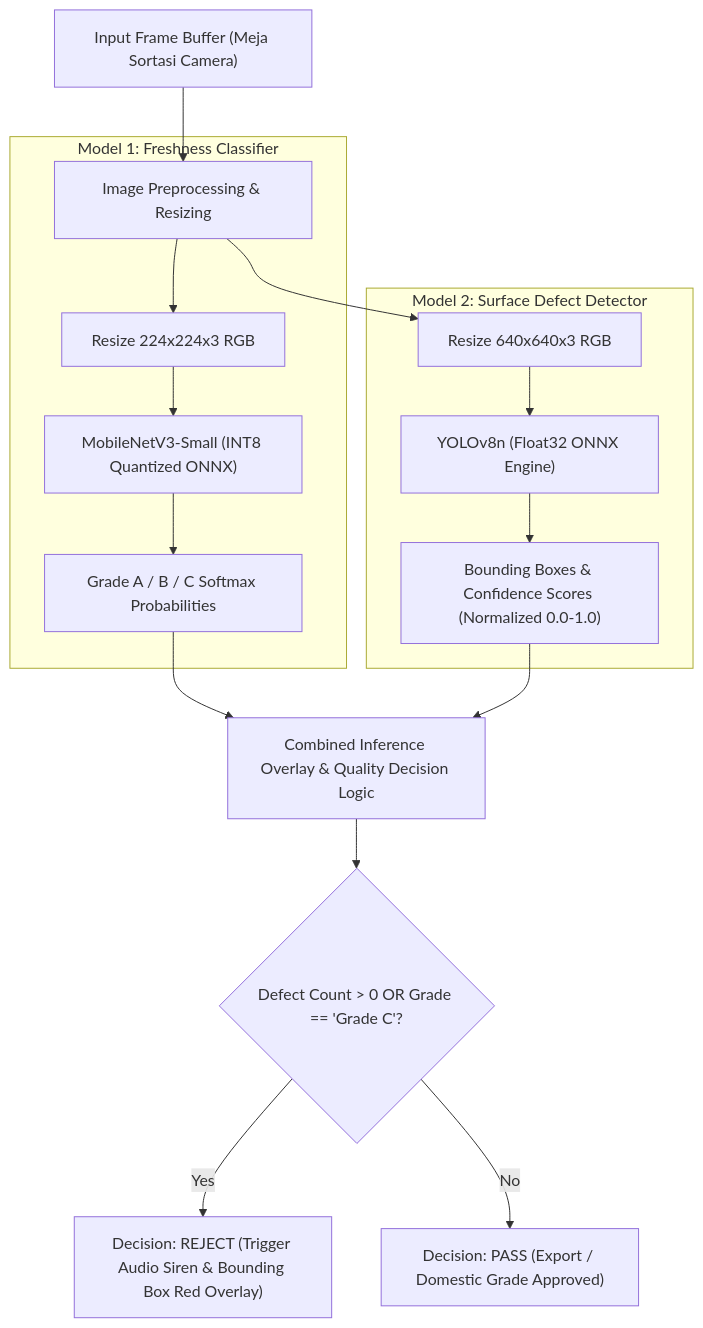
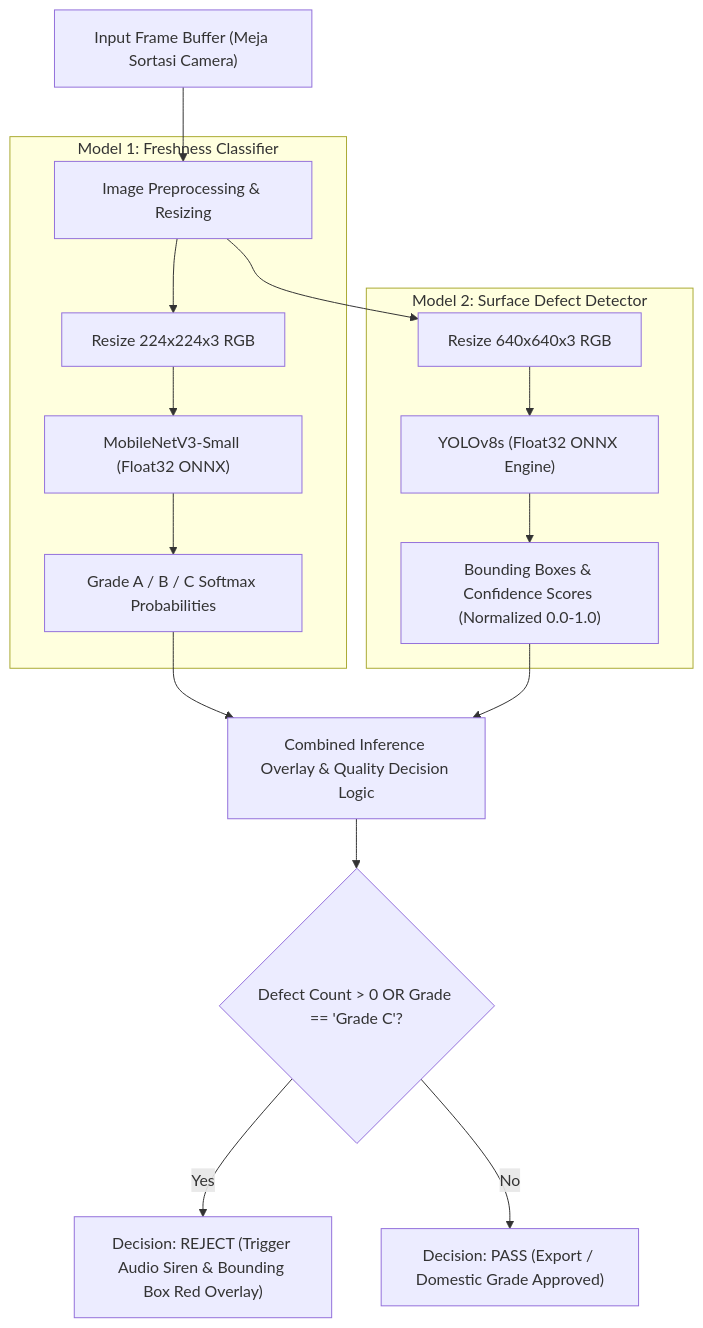
Before and after one commit to Rkaaaa404/context-QC: the third of 4 diagrams in proposal/Draft_Proposal_Inovasi_v1.md, drawn with Mermaid. The commit also changed other lines of this file and 9 other files, not shown here.

````diff
--- a/proposal/Draft_Proposal_Inovasi_v1.md
+++ b/proposal/Draft_Proposal_Inovasi_v1.md
@@ -182,23 +182,23 @@
 ```mermaid
 flowchart TD
     IN["Input Frame Buffer (Meja Sortasi Camera)"] --> PRE["Image Preprocessing & Resizing"]
 
     subgraph M1 ["Model 1: Freshness Classifier"]
         PRE --> M1_IN["Resize 224x224x3 RGB"]
-        M1_IN --> M1_ENG["MobileNetV3-Small (INT8 Quantized ONNX)"]
+        M1_IN --> M1_ENG["MobileNetV3-Small (Float32 ONNX)"]
         M1_ENG --> M1_OUT["Grade A / B / C Softmax Probabilities"]
     end
 
     subgraph M2 ["Model 2: Surface Defect Detector"]
         PRE --> M2_IN["Resize 640x640x3 RGB"]
-        M2_IN --> M2_ENG["YOLOv8n (Float32 ONNX Engine)"]
+        M2_IN --> M2_ENG["YOLOv8s (Float32 ONNX Engine)"]
         M2_ENG --> M2_OUT["Bounding Boxes & Confidence Scores (Normalized 0.0-1.0)"]
     end
 
     M1_OUT --> AGG["Combined Inference Overlay & Quality Decision Logic"]
     M2_OUT --> AGG
 
     AGG --> COND{"Defect Count > 0 OR Grade == 'Grade C'?"}
     COND -- Yes --> REJ["Decision: REJECT (Trigger Audio Siren & Bounding Box Red Overlay)"]
     COND -- No --> PASS["Decision: PASS (Export / Domestic Grade Approved)"]
 ```
````
